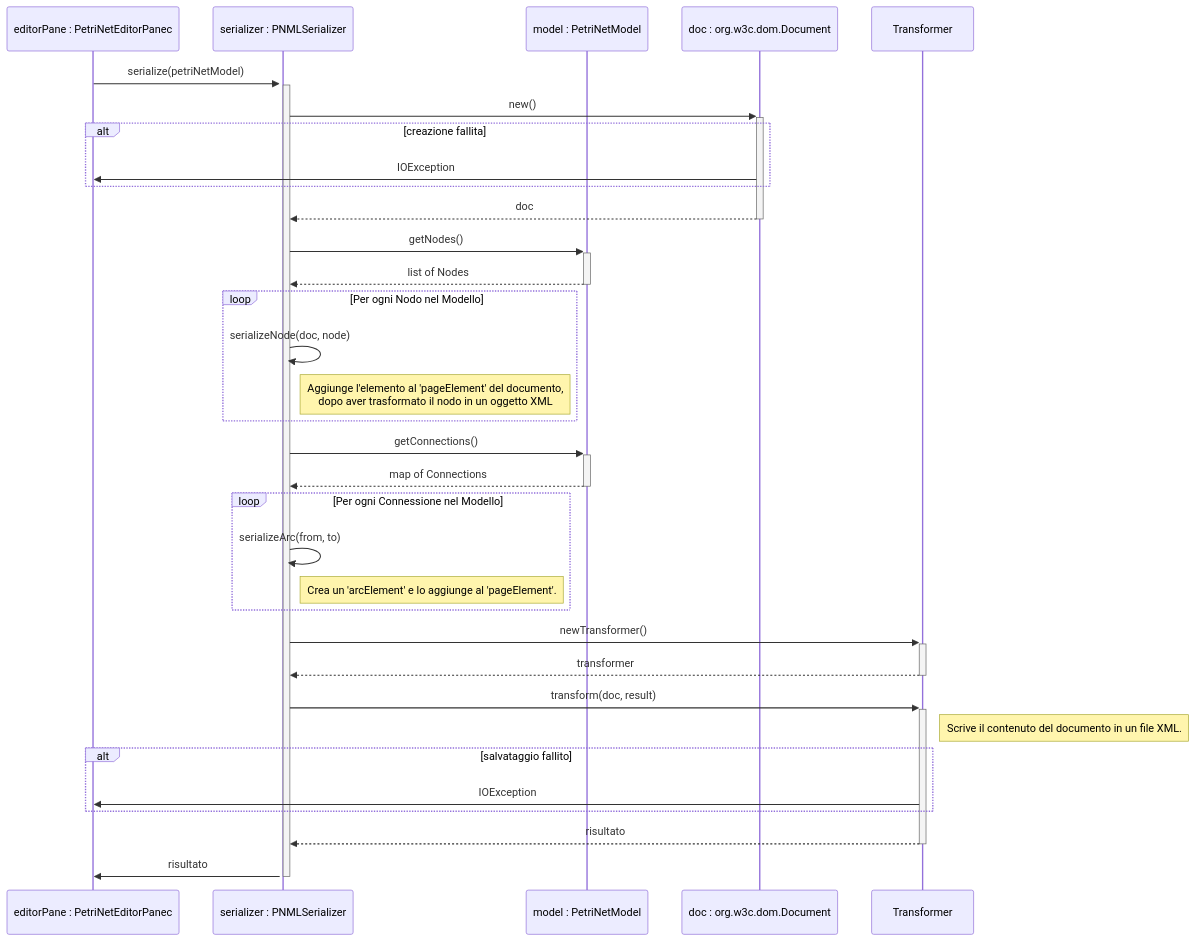
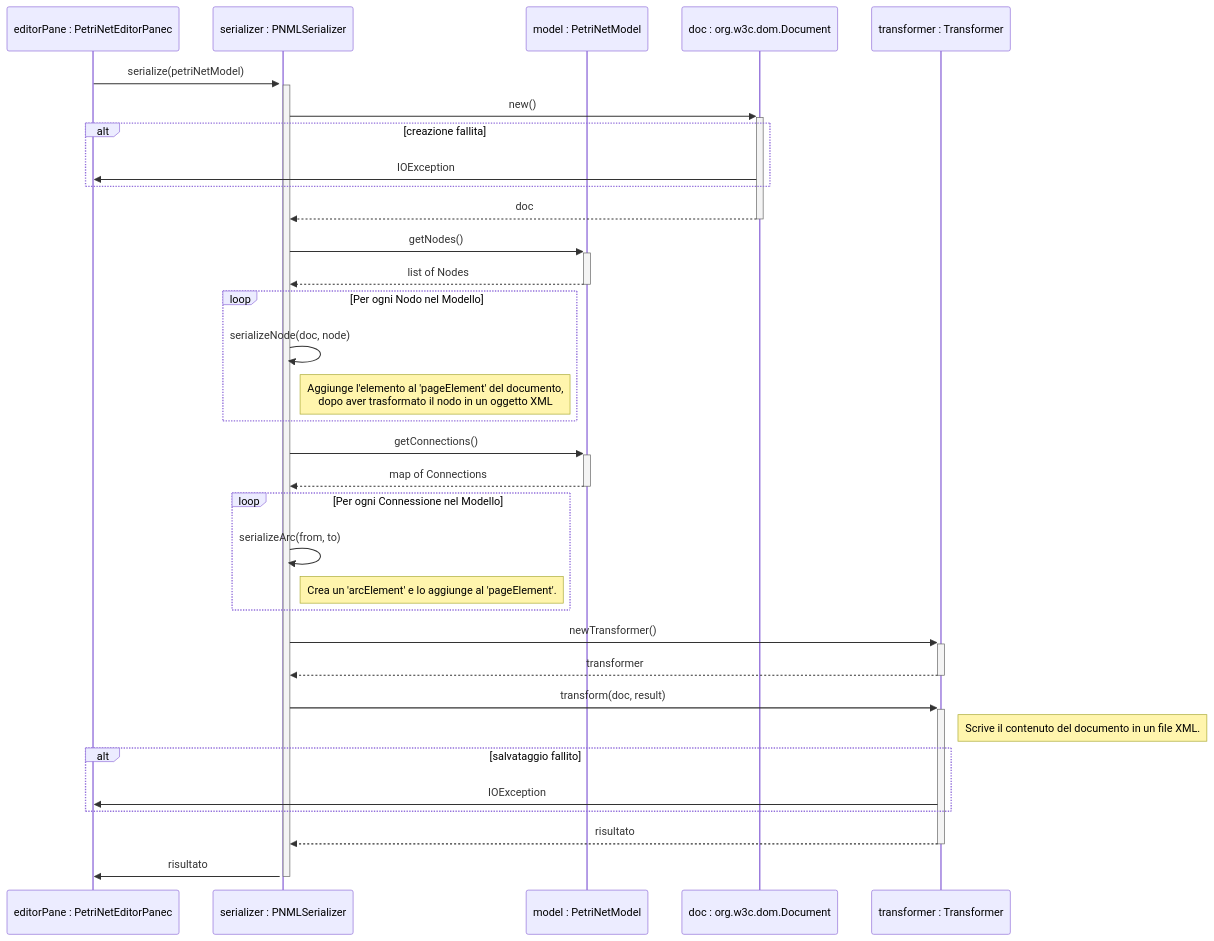
One commit to alessio-vivaldelli/PetriHub changed the diagram in docs/petri-net/sequence diagram/PNMLSerializer.mmd. Above: the diagram before and after it, drawn with Mermaid. The commit also changed 9 other files, not shown here.

```diff
--- a/docs/petri-net/sequence diagram/PNMLSerializer.mmd
+++ b/docs/petri-net/sequence diagram/PNMLSerializer.mmd
@@ -1,39 +1,39 @@
 sequenceDiagram
     participant Caller as editorPane : PetriNetEditorPanec
     participant Serializer as serializer : PNMLSerializer
     participant Model as model : PetriNetModel
     participant Document as doc : org.w3c.dom.Document
-    participant Transformer
+    participant Transformer as transformer : Transformer
     Caller ->>+ Serializer: serialize(petriNetModel)
     activate Serializer
     Serializer ->>+ Document: new()
     alt creazione fallita
         Document ->> Caller: IOException
     end
     Document -->>- Serializer: doc
     Serializer ->>+ Model: getNodes()
     Model -->>- Serializer: list of Nodes
 
     loop Per ogni Nodo nel Modello
         Serializer ->> Serializer: serializeNode(doc, node)
         Note right of Serializer: Aggiunge l'elemento al 'pageElement' del documento,<br>dopo aver trasformato il nodo in un oggetto XML
     end
 
     Serializer ->>+ Model: getConnections()
     Model -->>- Serializer: map of Connections
 
     loop Per ogni Connessione nel Modello
         Serializer ->> Serializer: serializeArc(from, to)
         Note right of Serializer: Crea un 'arcElement' e lo aggiunge al 'pageElement'.
     end
 
     Serializer ->>+ Transformer: newTransformer()
     Transformer -->>- Serializer: transformer
     Serializer ->>+ Transformer: transform(doc, result)
     Note right of Transformer: Scrive il contenuto del documento in un file XML.
     alt salvataggio fallito
         Transformer ->> Caller: IOException
     end
     Transformer -->>- Serializer: risultato
     Serializer ->> Caller: risultato
     deactivate Serializer
```
